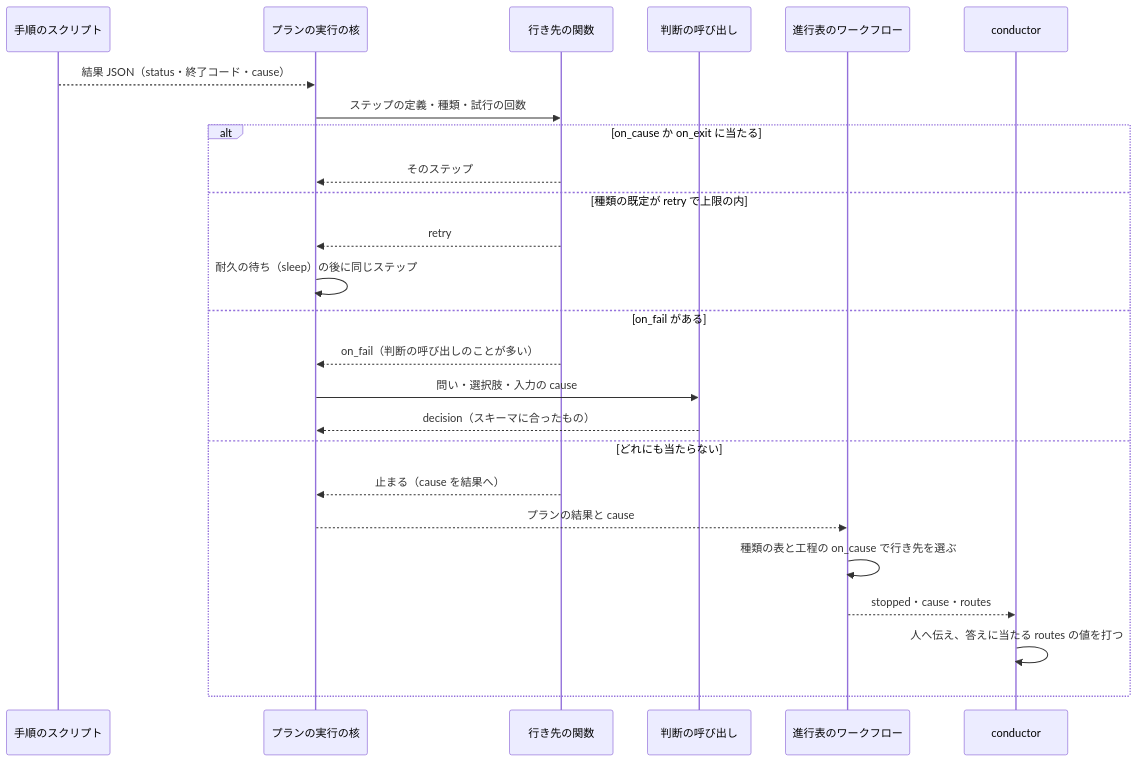
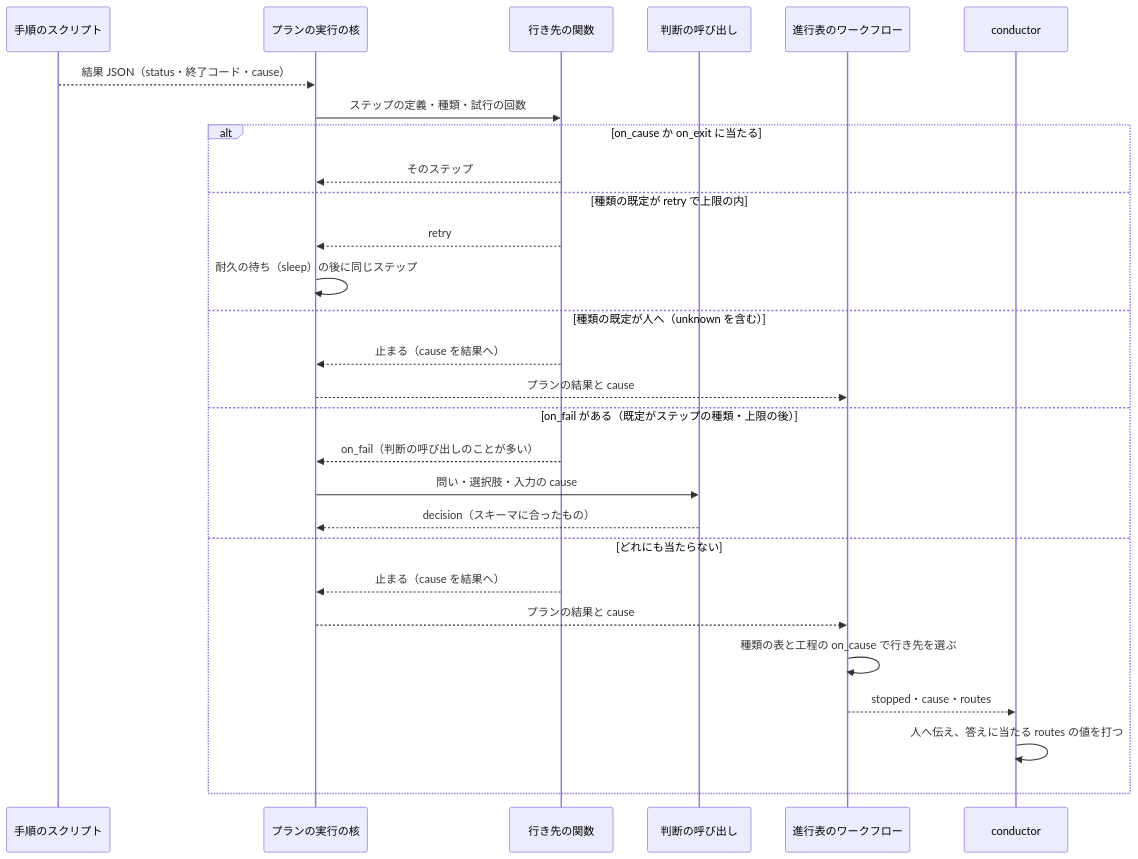
One commit to devbasex/ai-plugins changed the second of 2 diagrams in issues/issue-1142-design-scripted-flow.md. Above: the diagram before and after it, drawn with Mermaid. The commit also changed other lines of this file and 2 other files, not shown here.

````diff
--- a/issues/issue-1142-design-scripted-flow.md
+++ b/issues/issue-1142-design-scripted-flow.md
@@ -326,27 +327,30 @@
 ```mermaid
 sequenceDiagram
     participant S as 手順のスクリプト
     participant E as プランの実行の核
     participant R as 行き先の関数
     participant J as 判断の呼び出し
     participant W as 進行表のワークフロー
     participant C as conductor
     S-->>E: 結果 JSON（status・終了コード・cause）
     E->>R: ステップの定義・種類・試行の回数
     alt on_cause か on_exit に当たる
         R-->>E: そのステップ
     else 種類の既定が retry で上限の内
         R-->>E: retry
         E->>E: 耐久の待ち（sleep）の後に同じステップ
-    else on_fail がある
+    else 種類の既定が人へ（unknown を含む）
+        R-->>E: 止まる（cause を結果へ）
+        E-->>W: プランの結果と cause
+    else on_fail がある（既定がステップの種類・上限の後）
         R-->>E: on_fail（判断の呼び出しのことが多い）
         E->>J: 問い・選択肢・入力の cause
         J-->>E: decision（スキーマに合ったもの）
     else どれにも当たらない
         R-->>E: 止まる（cause を結果へ）
         E-->>W: プランの結果と cause
         W->>W: 種類の表と工程の on_cause で行き先を選ぶ
         W-->>C: stopped・cause・routes
         C->>C: 人へ伝え、答えに当たる routes の値を打つ
     end
 ```
````
